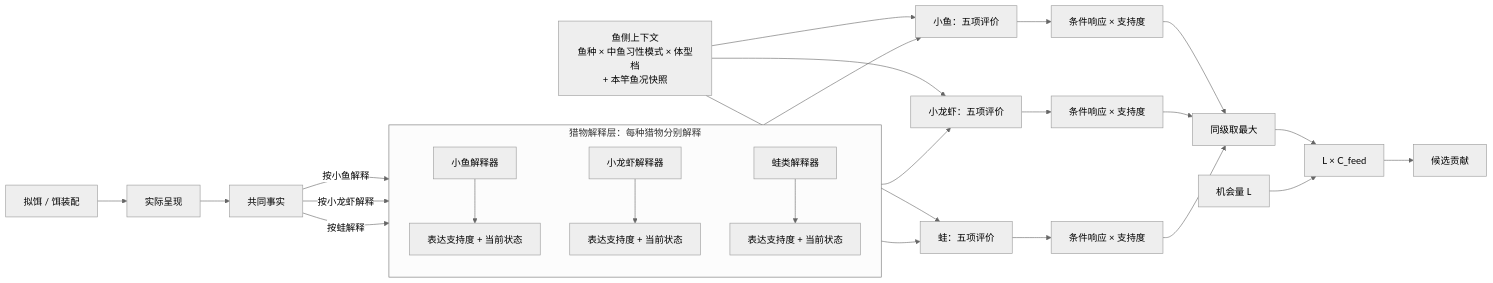
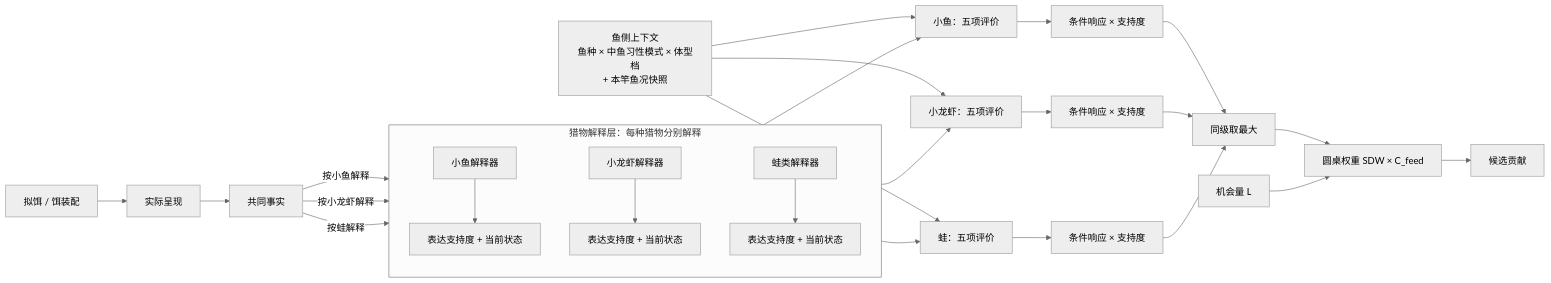
Before and after one commit to futouyiba/HitFish-Up: the diagram in docs/alignment/lure-response/2026-10-30-lure-response-alignment-draft.md, drawn with Mermaid (neutral theme). The commit also changed other lines of this file and 13 other files, not shown here.

````diff
--- a/docs/alignment/lure-response/2026-10-30-lure-response-alignment-draft.md
+++ b/docs/alignment/lure-response/2026-10-30-lure-response-alignment-draft.md
@@ -114,32 +114,32 @@
 ```mermaid
 flowchart LR
     A[拟饵 / 饵装配] --> B[实际呈现] --> F[共同事实]
     subgraph PI[猎物解释层：每种猎物分别解释]
       direction TB
       I1[小鱼解释器]
       I2[小龙虾解释器]
       I3[蛙类解释器]
       I1 --> S1[表达支持度 + 当前状态]
       I2 --> S2[表达支持度 + 当前状态]
       I3 --> S3[表达支持度 + 当前状态]
     end
     F -->|按小鱼解释| I1
     F -->|按小龙虾解释| I2
     F -->|按蛙解释| I3
     FC[鱼侧上下文\n鱼种 × 中鱼习性模式 × 体型档\n+ 本竿鱼况快照]
     FC --> R1[小鱼：五项评价]
     FC --> R2[小龙虾：五项评价]
     FC --> R3[蛙：五项评价]
     S1 --> R1
     S2 --> R2
     S3 --> R3
     R1 --> C1[条件响应 × 支持度]
     R2 --> C2[条件响应 × 支持度]
     R3 --> C3[条件响应 × 支持度]
     C1 --> MX[同级取最大]
     C2 --> MX
     C3 --> MX
-    MX --> J[L × C_feed]
+    MX --> J[圆桌权重 SDW × C_feed]
     O[机会量 L] --> J
     J --> Q[候选贡献]
 ```
````
